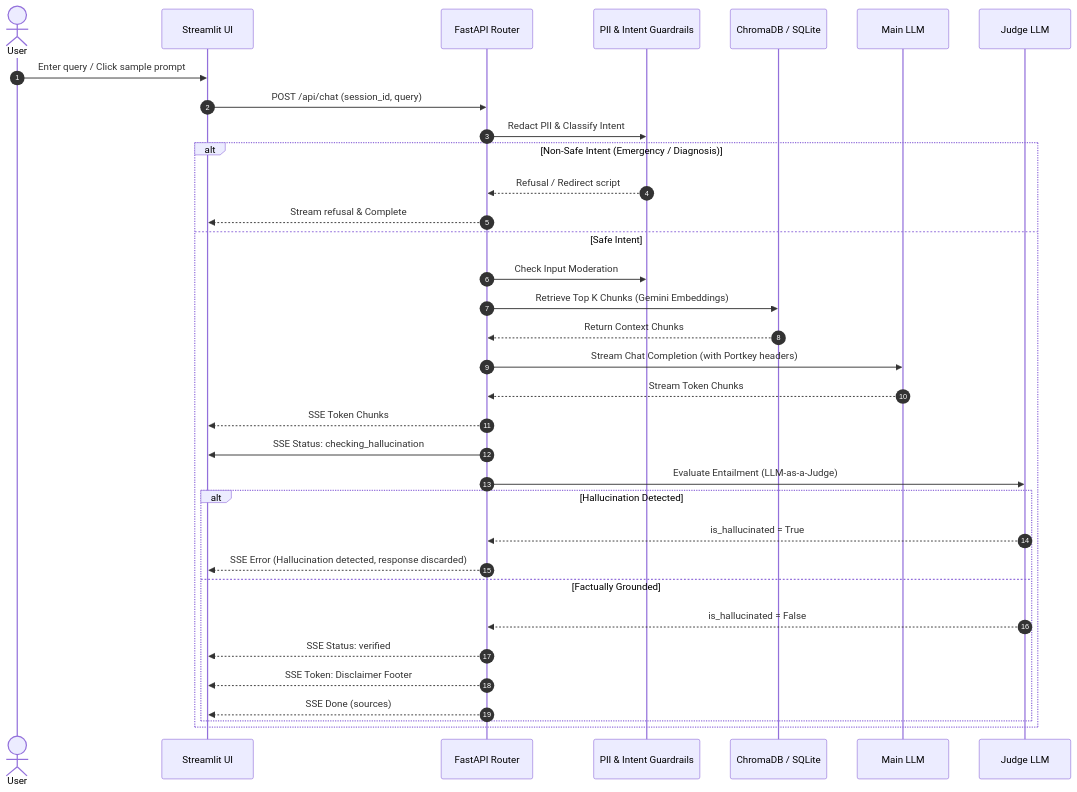
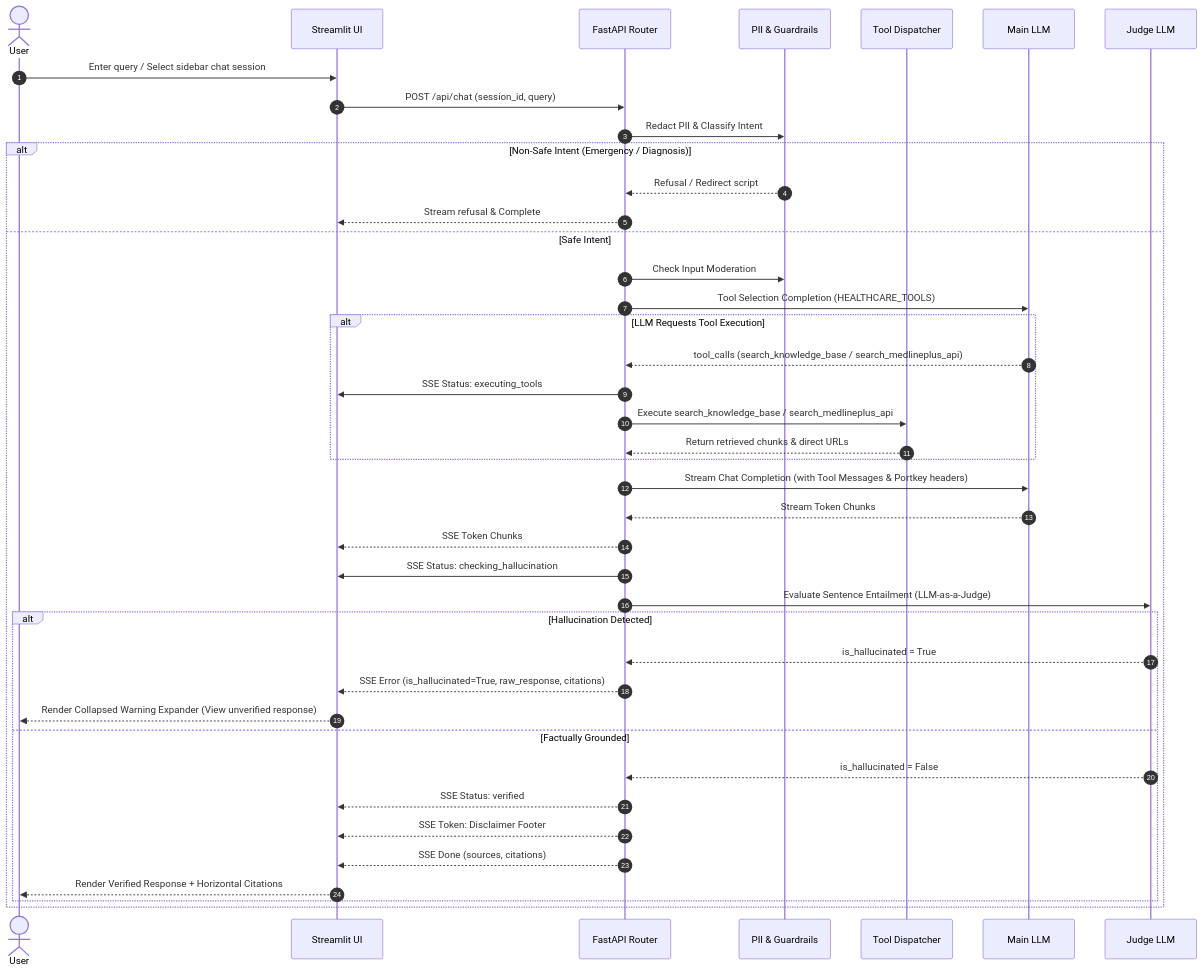
The second of 2 diagrams in ARCHITECTURE.md (SimpNick6703/Health-Chatbot), drawn with Mermaid before and after one commit. The commit also changed other lines of this file, not shown here.

Commit message:
docs: update ARCHITECTURE.md for Tool-Calling pipeline, MedlinePlus API, multi-session storage, and Collapsed Hallucination UX

````diff
--- a/ARCHITECTURE.md
+++ b/ARCHITECTURE.md
@@ -51,37 +57,44 @@
 ```mermaid
 sequenceDiagram
     autonumber
     actor User
     participant Frontend as Streamlit UI
     participant Backend as FastAPI Router
-    participant Guard as PII & Intent Guardrails
-    participant RAG as ChromaDB / SQLite
+    participant Guard as PII & Guardrails
+    participant Tools as Tool Dispatcher
     participant LLM as Main LLM
     participant Judge as Judge LLM
 
-    User->>Frontend: Enter query / Click sample prompt
+    User->>Frontend: Enter query / Select sidebar chat session
     Frontend->>Backend: POST /api/chat (session_id, query)
     Backend->>Guard: Redact PII & Classify Intent
     alt Non-Safe Intent (Emergency / Diagnosis)
         Guard-->>Backend: Refusal / Redirect script
         Backend-->>Frontend: Stream refusal & Complete
     else Safe Intent
         Backend->>Guard: Check Input Moderation
-        Backend->>RAG: Retrieve Top K Chunks (Gemini Embeddings)
-        RAG-->>Backend: Return Context Chunks
-        Backend->>LLM: Stream Chat Completion (with Portkey headers)
+        Backend->>LLM: Tool Selection Completion (HEALTHCARE_TOOLS)
+        alt LLM Requests Tool Execution
+            LLM-->>Backend: tool_calls (search_knowledge_base / search_medlineplus_api)
+            Backend->>Frontend: SSE Status: executing_tools
+            Backend->>Tools: Execute search_knowledge_base / search_medlineplus_api
+            Tools-->>Backend: Return retrieved chunks & direct URLs
+        end
+        Backend->>LLM: Stream Chat Completion (with Tool Messages & Portkey headers)
         LLM-->>Backend: Stream Token Chunks
         Backend-->>Frontend: SSE Token Chunks
         Backend->>Frontend: SSE Status: checking_hallucination
-        Backend->>Judge: Evaluate Entailment (LLM-as-a-Judge)
+        Backend->>Judge: Evaluate Sentence Entailment (LLM-as-a-Judge)
         alt Hallucination Detected
             Judge-->>Backend: is_hallucinated = True
-            Backend-->>Frontend: SSE Error (Hallucination detected, response discarded)
+            Backend-->>Frontend: SSE Error (is_hallucinated=True, raw_response, citations)
+            Frontend-->>User: Render Collapsed Warning Expander (View unverified response)
         else Factually Grounded
             Judge-->>Backend: is_hallucinated = False
             Backend-->>Frontend: SSE Status: verified
             Backend-->>Frontend: SSE Token: Disclaimer Footer
-            Backend-->>Frontend: SSE Done (sources)
+            Backend-->>Frontend: SSE Done (sources, citations)
+            Frontend-->>User: Render Verified Response + Horizontal Citations
         end
     end
 ```
````
